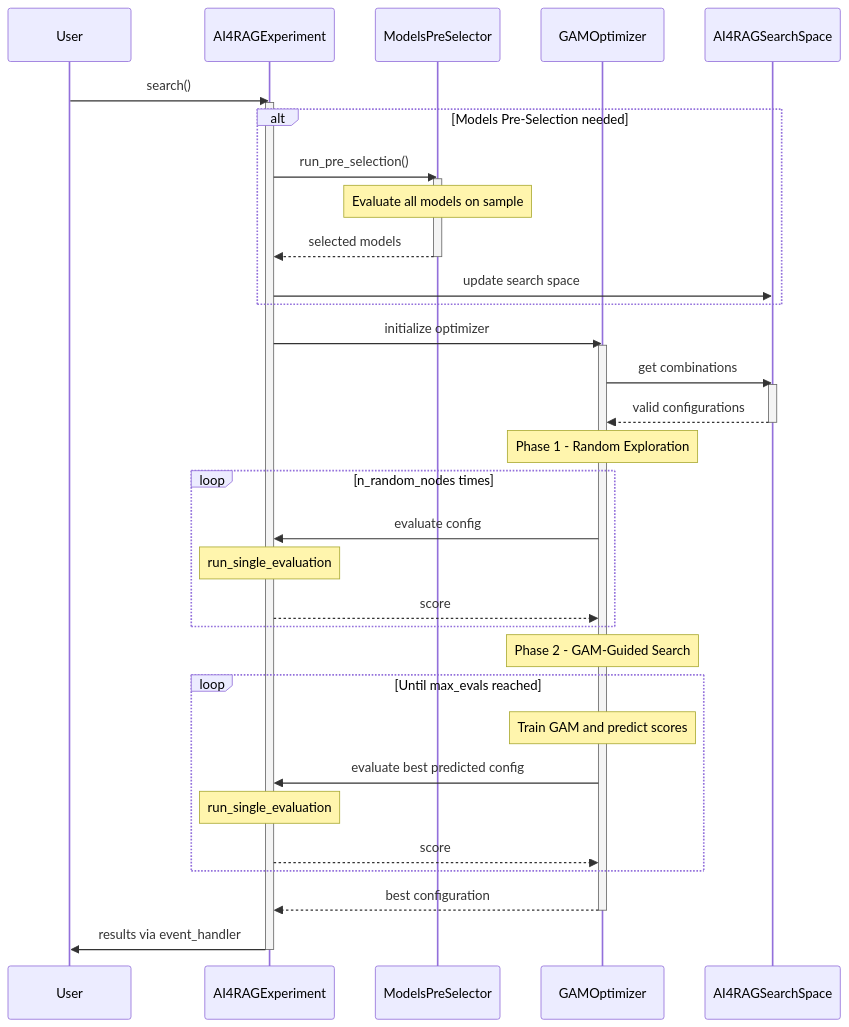
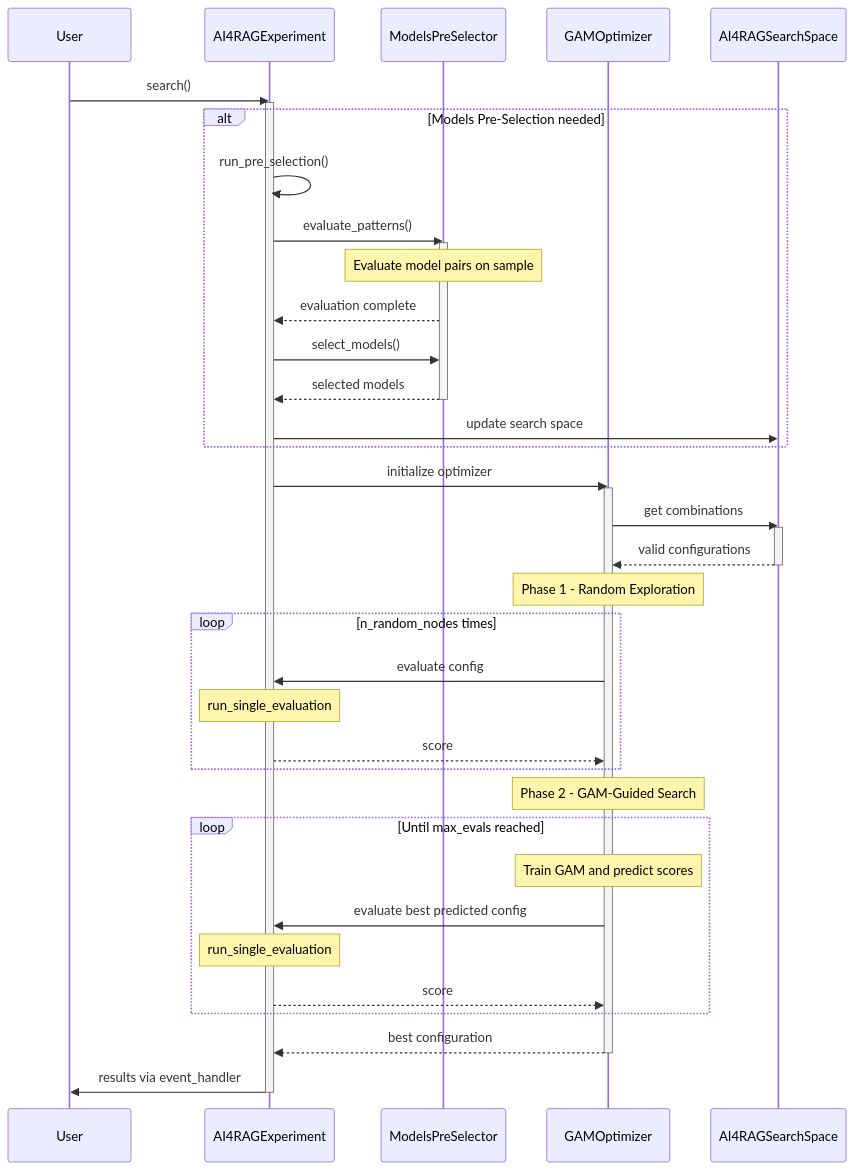
One commit to IBM/ai4rag changed the third of 3 diagrams in docs/architecture/core-components.md. Above: the diagram before and after it, drawn with Mermaid. The commit also changed other lines of this file and 14 other files, not shown here.

````diff
--- a/docs/architecture/core-components.md
+++ b/docs/architecture/core-components.md
@@ -570,48 +575,51 @@
 ```mermaid
 sequenceDiagram
     participant User
     participant Exp as AI4RAGExperiment
     participant MPS as ModelsPreSelector
     participant GamOpt as GAMOptimizer
     participant SS as AI4RAGSearchSpace
 
     User->>Exp: search()
     activate Exp
 
     alt Models Pre-Selection needed
-        Exp->>MPS: run_pre_selection()
+        Exp->>Exp: run_pre_selection()
+        Exp->>MPS: evaluate_patterns()
         activate MPS
-        Note over MPS: Evaluate all models on sample
+        Note over MPS: Evaluate model pairs on sample
+        MPS-->>Exp: evaluation complete
+        Exp->>MPS: select_models()
         MPS-->>Exp: selected models
         deactivate MPS
         Exp->>SS: update search space
     end
 
     Exp->>GamOpt: initialize optimizer
     activate GamOpt
     GamOpt->>SS: get combinations
     activate SS
     SS-->>GamOpt: valid configurations
     deactivate SS
 
     Note over GamOpt: Phase 1 - Random Exploration
     loop n_random_nodes times
         GamOpt->>Exp: evaluate config
         Note over Exp: run_single_evaluation
         Exp-->>GamOpt: score
     end
 
     Note over GamOpt: Phase 2 - GAM-Guided Search
     loop Until max_evals reached
         Note over GamOpt: Train GAM and predict scores
         GamOpt->>Exp: evaluate best predicted config
         Note over Exp: run_single_evaluation
         Exp-->>GamOpt: score
     end
 
     GamOpt-->>Exp: best configuration
     deactivate GamOpt
 
     Exp->>User: results via event_handler
     deactivate Exp
 ```
````
